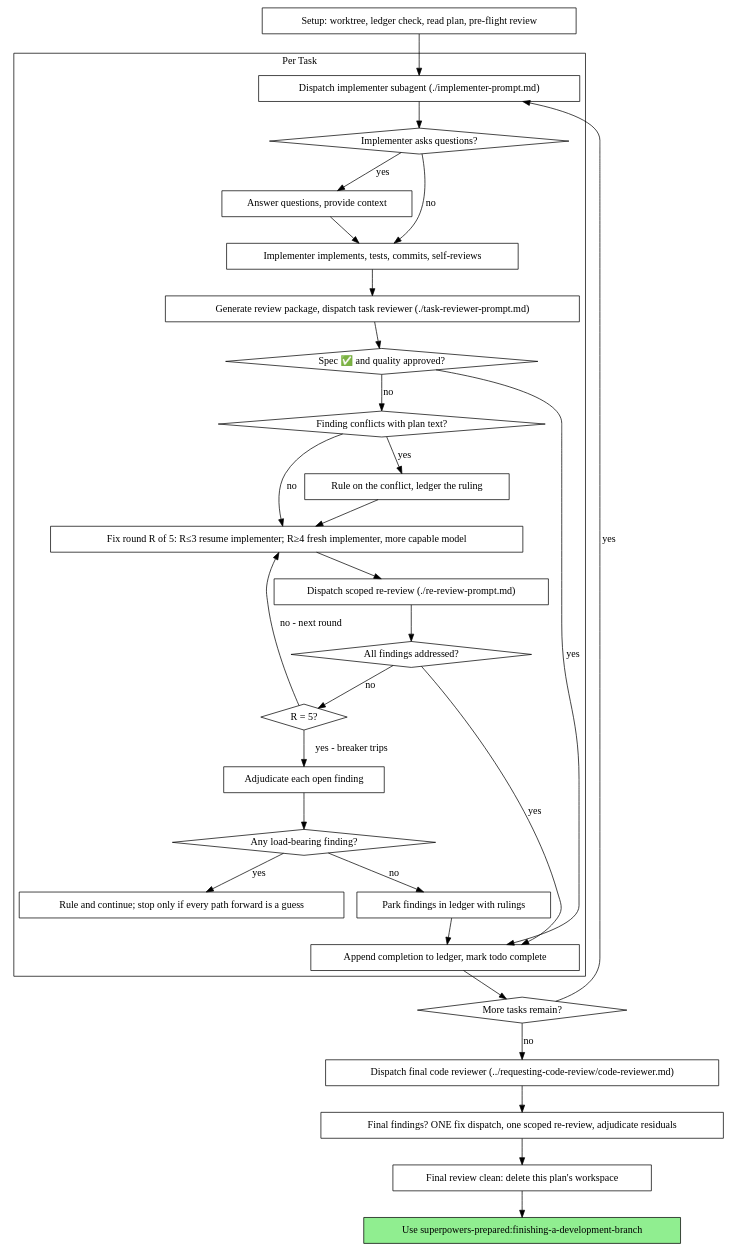
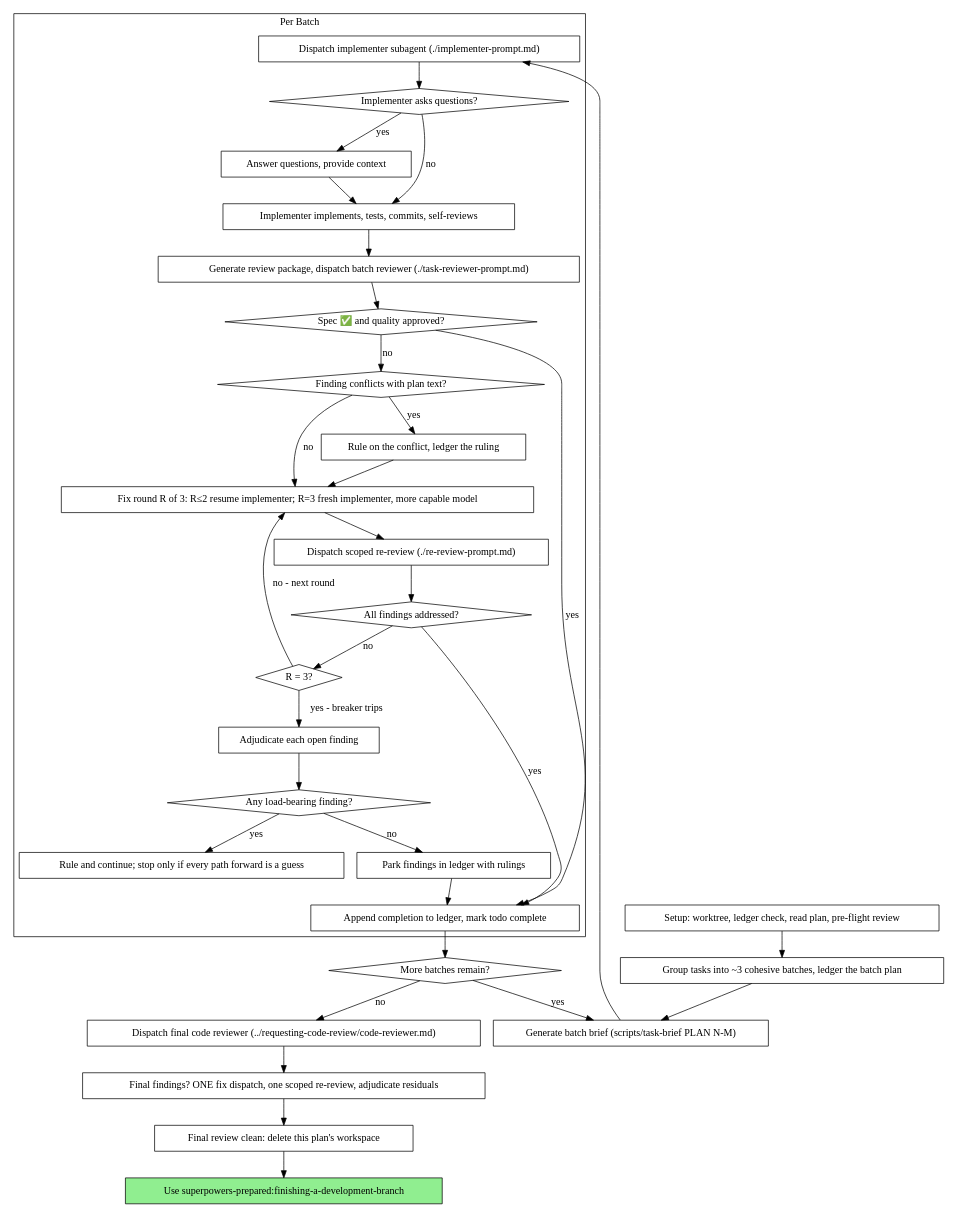
Before and after one commit to josuerf/superpowers: the second of 2 diagrams in skills/subagent-driven-development/SKILL.md, drawn with Graphviz. The commit also changed other lines of this file and 12 other files, not shown here.

````diff
--- a/skills/subagent-driven-development/SKILL.md
+++ b/skills/subagent-driven-development/SKILL.md
@@ -69,63 +71,67 @@
 ```dot
 digraph process {
     rankdir=TB;
 
-    subgraph cluster_per_task {
-        label="Per Task";
+    subgraph cluster_per_batch {
+        label="Per Batch";
         "Dispatch implementer subagent (./implementer-prompt.md)" [shape=box];
         "Implementer asks questions?" [shape=diamond];
         "Answer questions, provide context" [shape=box];
         "Implementer implements, tests, commits, self-reviews" [shape=box];
-        "Generate review package, dispatch task reviewer (./task-reviewer-prompt.md)" [shape=box];
+        "Generate review package, dispatch batch reviewer (./task-reviewer-prompt.md)" [shape=box];
         "Spec ✅ and quality approved?" [shape=diamond];
         "Finding conflicts with plan text?" [shape=diamond];
         "Rule on the conflict, ledger the ruling" [shape=box];
-        "Fix round R of 5: R≤3 resume implementer; R≥4 fresh implementer, more capable model" [shape=box];
+        "Fix round R of 3: R≤2 resume implementer; R=3 fresh implementer, more capable model" [shape=box];
         "Dispatch scoped re-review (./re-review-prompt.md)" [shape=box];
         "All findings addressed?" [shape=diamond];
-        "R = 5?" [shape=diamond];
+        "R = 3?" [shape=diamond];
         "Adjudicate each open finding" [shape=box];
         "Any load-bearing finding?" [shape=diamond];
         "Rule and continue; stop only if every path forward is a guess" [shape=box];
         "Park findings in ledger with rulings" [shape=box];
         "Append completion to ledger, mark todo complete" [shape=box];
     }
 
     "Setup: worktree, ledger check, read plan, pre-flight review" [shape=box];
-    "More tasks remain?" [shape=diamond];
+    "Group tasks into ~3 cohesive batches, ledger the batch plan" [shape=box];
+    "Generate batch brief (scripts/task-brief PLAN N-M)" [shape=box];
+    "More batches remain?" [shape=diamond];
     "Dispatch final code reviewer (../requesting-code-review/code-reviewer.md)" [shape=box];
     "Final findings? ONE fix dispatch, one scoped re-review, adjudicate residuals" [shape=box];
     "Final review clean: delete this plan's workspace" [shape=box];
     "Use superpowers-prepared:finishing-a-development-branch" [shape=box style=filled fillcolor=lightgreen];
 
-    "Setup: worktree, ledger check, read plan, pre-flight review" -> "Dispatch implementer subagent (./implementer-prompt.md)";
+    "Setup: worktree, ledger check, read plan, pre-flight review" -> "Group tasks into ~3 cohesive batches, ledger the batch plan";
+    "Group tasks into ~3 cohesive batches, ledger the batch plan" -> "Generate batch brief (scripts/task-brief PLAN N-M)";
+    "Generate batch brief (scripts/task-brief PLAN N-M)" -> "Dispatch implementer subagent (./implementer-prompt.md)";
     "Dispatch implementer subagent (./implementer-prompt.md)" -> "Implementer asks questions?";
     "Implementer asks questions?" -> "Answer questions, provide context" [label="yes"];
     "Answer questions, provide context" -> "Implementer implements, tests, commits, self-reviews";
     "Implementer asks questions?" -> "Implementer implements, tests, commits, self-reviews" [label="no"];
-    "Implementer implements, tests, commits, self-reviews" -> "Generate review package, dispatch task reviewer (./task-reviewer-prompt.md)";
-    "Generate review package, dispatch task reviewer (./task-reviewer-prompt.md)" -> "Spec ✅ and quality approved?";
+    "Implementer implements, tests, commits, self-reviews" -> "Generate review package, dispatch batch reviewer (./task-reviewer-prompt.md)";
+    "Generate review package, dispatch batch reviewer (./task-reviewer-prompt.md)" -> "Spec ✅ and quality approved?";
     "Spec ✅ and quality approved?" -> "Append completion to ledger, mark todo complete" [label="yes"];
     "Spec ✅ and quality approved?" -> "Finding conflicts with plan text?" [label="no"];
     "Finding conflicts with plan text?" -> "Rule on the conflict, ledger the ruling" [label="yes"];
-    "Rule on the conflict, ledger the ruling" -> "Fix round R of 5: R≤3 resume implementer; R≥4 fresh implementer, more capable model";
-    "Finding conflicts with plan text?" -> "Fix round R of 5: R≤3 resume implementer; R≥4 fresh implementer, more capable model" [label="no"];
-    "Fix round R of 5: R≤3 resume implementer; R≥4 fresh implementer, more capable model" -> "Dispatch scoped re-review (./re-review-prompt.md)";
+    "Rule on the conflict, ledger the ruling" -> "Fix round R of 3: R≤2 resume implementer; R=3 fresh implementer, more capable model";
+    "Finding conflicts with plan text?" -> "Fix round R of 3: R≤2 resume implementer; R=3 fresh implementer, more capable model" [label="no"];
+    "Fix round R of 3: R≤2 resume implementer; R=3 fresh implementer, more capable model" -> "Dispatch scoped re-review (./re-review-prompt.md)";
     "Dispatch scoped re-review (./re-review-prompt.md)" -> "All findings addressed?";
     "All findings addressed?" -> "Append completion to ledger, mark todo complete" [label="yes"];
-    "All findings addressed?" -> "R = 5?" [label="no"];
-    "R = 5?" -> "Fix round R of 5: R≤3 resume implementer; R≥4 fresh implementer, more capable model" [label="no - next round"];
-    "R = 5?" -> "Adjudicate each open finding" [label="yes - breaker trips"];
+    "All findings addressed?" -> "R = 3?" [label="no"];
+    "R = 3?" -> "Fix round R of 3: R≤2 resume implementer; R=3 fresh implementer, more capable model" [label="no - next round"];
+    "R = 3?" -> "Adjudicate each open finding" [label="yes - breaker trips"];
     "Adjudicate each open finding" -> "Any load-bearing finding?";
     "Any load-bearing finding?" -> "Rule and continue; stop only if every path forward is a guess" [label="yes"];
     "Any load-bearing finding?" -> "Park findings in ledger with rulings" [label="no"];
     "Park findings in ledger with rulings" -> "Append completion to ledger, mark todo complete";
-    "Append completion to ledger, mark todo complete" -> "More tasks remain?";
-    "More tasks remain?" -> "Dispatch implementer subagent (./implementer-prompt.md)" [label="yes"];
-    "More tasks remain?" -> "Dispatch final code reviewer (../requesting-code-review/code-reviewer.md)" [label="no"];
+    "Append completion to ledger, mark todo complete" -> "More batches remain?";
+    "More batches remain?" -> "Generate batch brief (scripts/task-brief PLAN N-M)" [label="yes"];
+    "More batches remain?" -> "Dispatch final code reviewer (../requesting-code-review/code-reviewer.md)" [label="no"];
     "Dispatch final code reviewer (../requesting-code-review/code-reviewer.md)" -> "Final findings? ONE fix dispatch, one scoped re-review, adjudicate residuals";
     "Final findings? ONE fix dispatch, one scoped re-review, adjudicate residuals" -> "Final review clean: delete this plan's workspace";
     "Final review clean: delete this plan's workspace" -> "Use superpowers-prepared:finishing-a-development-branch";
 }
 
 ```
````
